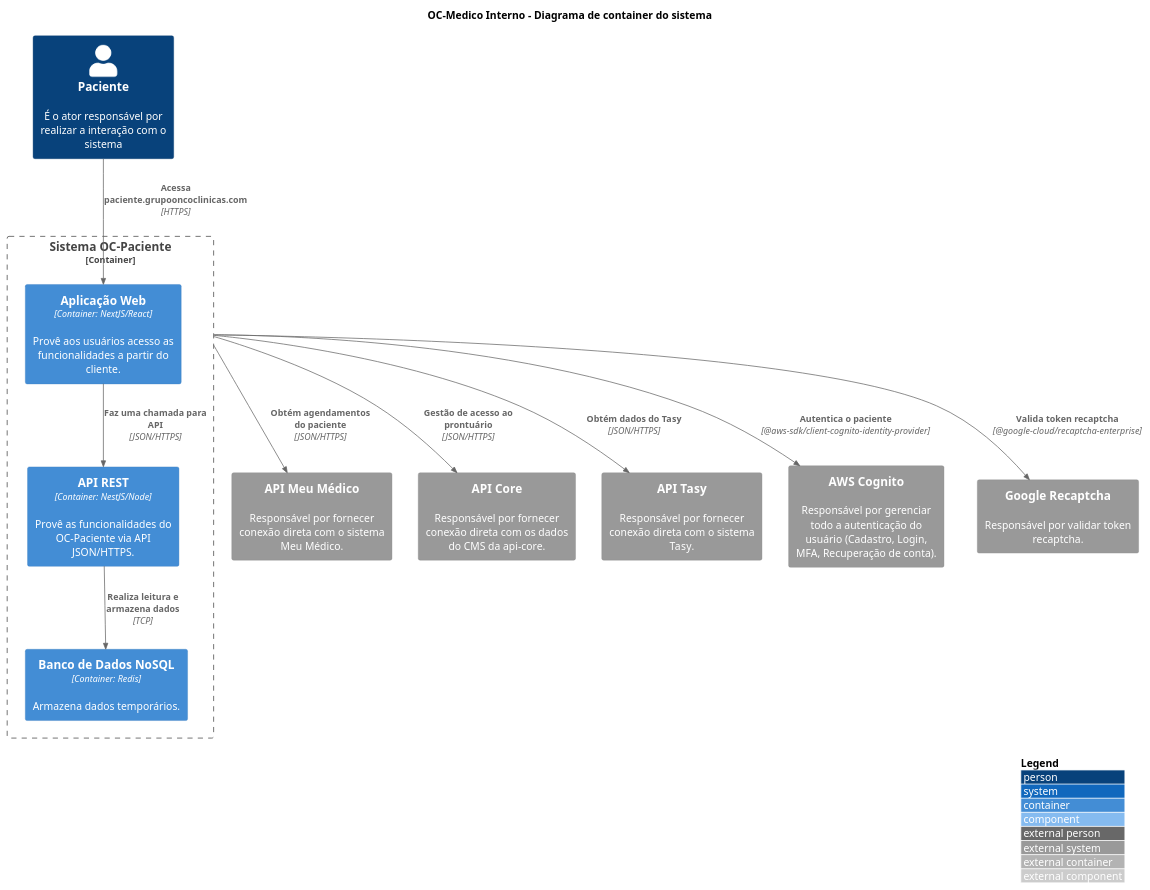
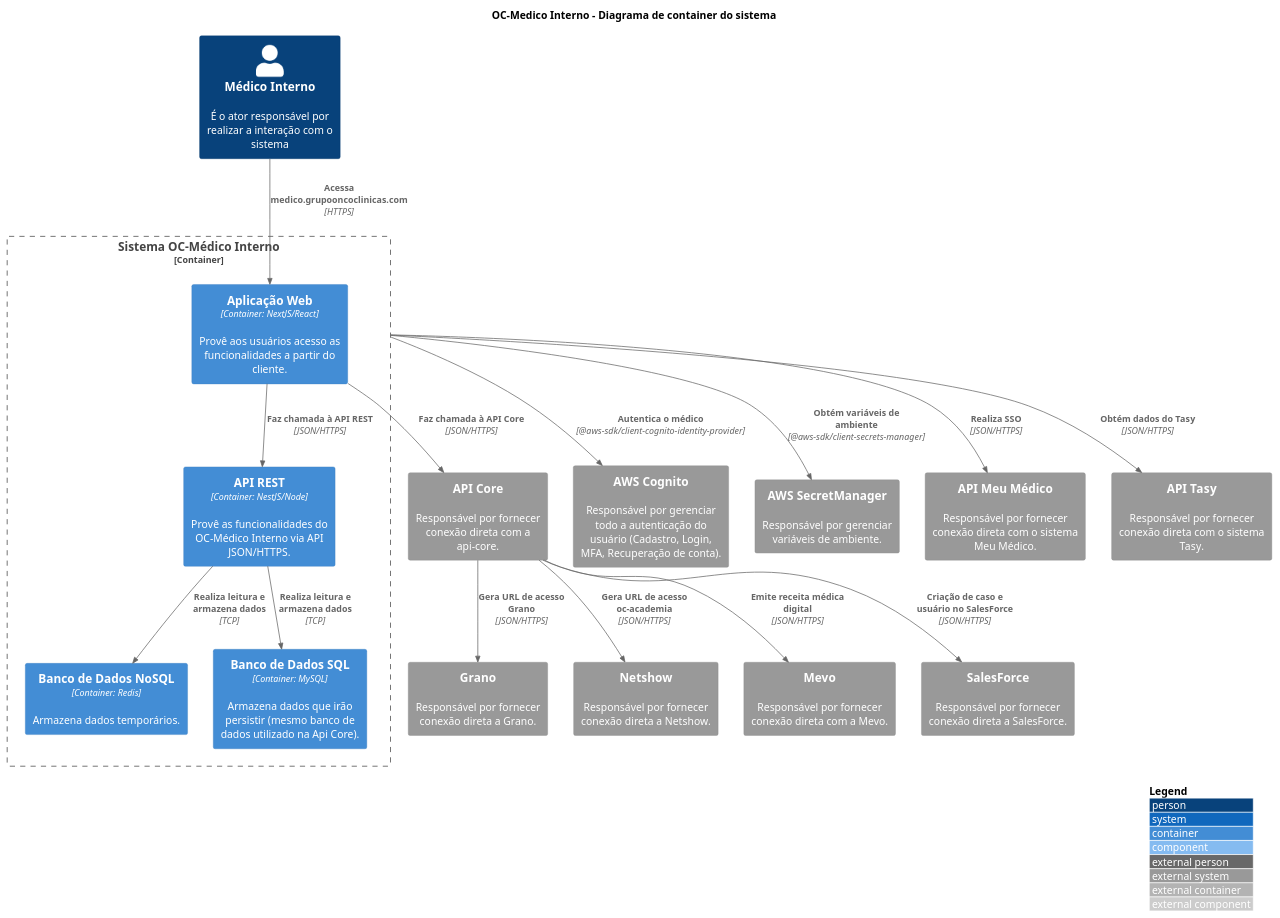
One commit to luizggbasedigital/poc-oc-docs changed the diagram in src/OC-Medico Interno/C1. Visão Geral/C2. Sistema/containers.puml. Above: the diagram before and after it, drawn with PlantUML. The commit also changed 3 other files, not shown here.

Commit message:
docs: generate internal physician documentation

```diff
--- a/src/OC-Medico Interno/C1. Visão Geral/C2. Sistema/containers.puml
+++ b/src/OC-Medico Interno/C1. Visão Geral/C2. Sistema/containers.puml
@@ -1,39 +1,58 @@
 @startuml "Container Diagram"
 
 title "OC-Medico Interno - Diagrama de container do sistema"
 
 !include https://raw.githubusercontent.com/adrianvlupu/C4-PlantUML/latest/C4_Component.puml
 
 LAYOUT_WITH_LEGEND()
 
 skinparam backgroundcolor transparent
 
 /'Actors'/
-Person(ActorPatient, "Paciente", "É o ator responsável por realizar a interação com o sistema")
+Person(ActorInternalPhysician, "Médico Interno", "É o ator responsável por realizar a interação com o sistema")
 
 /'Internal Systems'/
-Container_Boundary(SystemOCPatient, "Sistema OC-Paciente") {
+Container_Boundary(SystemOCInternalPhysician, "Sistema OC-Médico Interno") {
   Container(ContainerWebApp, "Aplicação Web", "Container: NextJS/React", "Provê aos usuários acesso as funcionalidades a partir do cliente.")
-  Container(ContainerServerApi, "API REST", "Container: NestJS/Node", "Provê as funcionalidades do OC-Paciente via API JSON/HTTPS.")
+  Container(ContainerServerApi, "API REST", "Container: NestJS/Node", "Provê as funcionalidades do OC-Médico Interno via API JSON/HTTPS.")
   Container(ContainerDatabaseRedis, "Banco de Dados NoSQL", "Container: Redis", "Armazena dados temporários.")
+  Container(ContainerDatabaseSQL, "Banco de Dados SQL", "Container: MySQL", "Armazena dados que irão persistir (mesmo banco de dados utilizado na Api Core).")
 
-  Rel(ActorPatient, ContainerWebApp, "Acessa paciente.grupooncoclinicas.com", "HTTPS")
+  Rel(ActorInternalPhysician, ContainerWebApp, "Acessa medico.grupooncoclinicas.com", "HTTPS")
   Rel(ContainerServerApi, ContainerDatabaseRedis, "Realiza leitura e armazena dados", "TCP")
-  Rel(ContainerWebApp, ContainerServerApi, "Faz uma chamada para API", "JSON/HTTPS")
+  Rel(ContainerServerApi, ContainerDatabaseSQL, "Realiza leitura e armazena dados", "TCP")
+
+  Rel(ContainerWebApp, ContainerServerApi, "Faz chamada à API REST", "JSON/HTTPS")
+
 }
 
 /'External Systems'/
 System_Ext(SystemMyPhysicianApi, "API Meu Médico", "Responsável por fornecer conexão direta com o sistema Meu Médico.")
-System_Ext(SystemCMSApi, "API Core", "Responsável por fornecer conexão direta com os dados do CMS da api-core.")
 System_Ext(SystemTasyApi, "API Tasy", "Responsável por fornecer conexão direta com o sistema Tasy.")
+
+/'API-Core Systems'/
+System_Ext(SystemApiCore, "API Core", "Responsável por fornecer conexão direta com a api-core.")
+System_Ext(SystemMevo, "Mevo", "Responsável por fornecer conexão direta com a Mevo.")
+System_Ext(SystemSalesForce, "SalesForce", "Responsável por fornecer conexão direta a SalesForce.")
+System_Ext(SystemGrano, "Grano", "Responsável por fornecer conexão direta a Grano.")
+System_Ext(SystemNetshow, "Netshow", "Responsável por fornecer conexão direta a Netshow.")
+
+/'AWS Systems'/
 System_Ext(SystemAWSCognito, "AWS Cognito", "Responsável por gerenciar todo a autenticação do usuário (Cadastro, Login, MFA, Recuperação de conta).")
-System_Ext(SystemGoogleRecaptcha, "Google Recaptcha", "Responsável por validar token recaptcha.")
+System_Ext(SystemAWSSecretManager, "AWS SecretManager", "Responsável por gerenciar variáveis de ambiente.")
 
 /'Relations'/
-Rel(SystemOCPatient, SystemGoogleRecaptcha, "Valida token recaptcha", "@google-cloud/recaptcha-enterprise")
-Rel(SystemOCPatient, SystemAWSCognito, "Autentica o paciente", "@aws-sdk/client-cognito-identity-provider")
-Rel(SystemOCPatient, SystemMyPhysicianApi, "Obtém agendamentos do paciente", "JSON/HTTPS")
-Rel(SystemOCPatient, SystemTasyApi, "Obtém dados do Tasy", "JSON/HTTPS")
-Rel(SystemOCPatient, SystemCMSApi, "Gestão de acesso ao prontuário", "JSON/HTTPS")
+Rel(SystemOCInternalPhysician, SystemAWSCognito, "Autentica o médico", "@aws-sdk/client-cognito-identity-provider")
+Rel(SystemOCInternalPhysician, SystemAWSSecretManager, "Obtém variáveis de ambiente", "@aws-sdk/client-secrets-manager")
+Rel(SystemOCInternalPhysician, SystemMyPhysicianApi, "Realiza SSO", "JSON/HTTPS")
+Rel(SystemOCInternalPhysician, SystemTasyApi, "Obtém dados do Tasy", "JSON/HTTPS")
+
+/'API-Core Integrations'/
+Rel(ContainerWebApp, SystemApiCore, "Faz chamada à API Core", "JSON/HTTPS")
+Rel(SystemApiCore, SystemMevo, "Emite receita médica digital", "JSON/HTTPS")
+Rel(SystemApiCore, SystemSalesForce, "Criação de caso e usuário no SalesForce", "JSON/HTTPS")
+Rel(SystemApiCore, SystemGrano, "Gera URL de acesso Grano", "JSON/HTTPS")
+Rel(SystemApiCore, SystemNetshow, "Gera URL de acesso oc-academia", "JSON/HTTPS")
+
 
 @enduml
```
